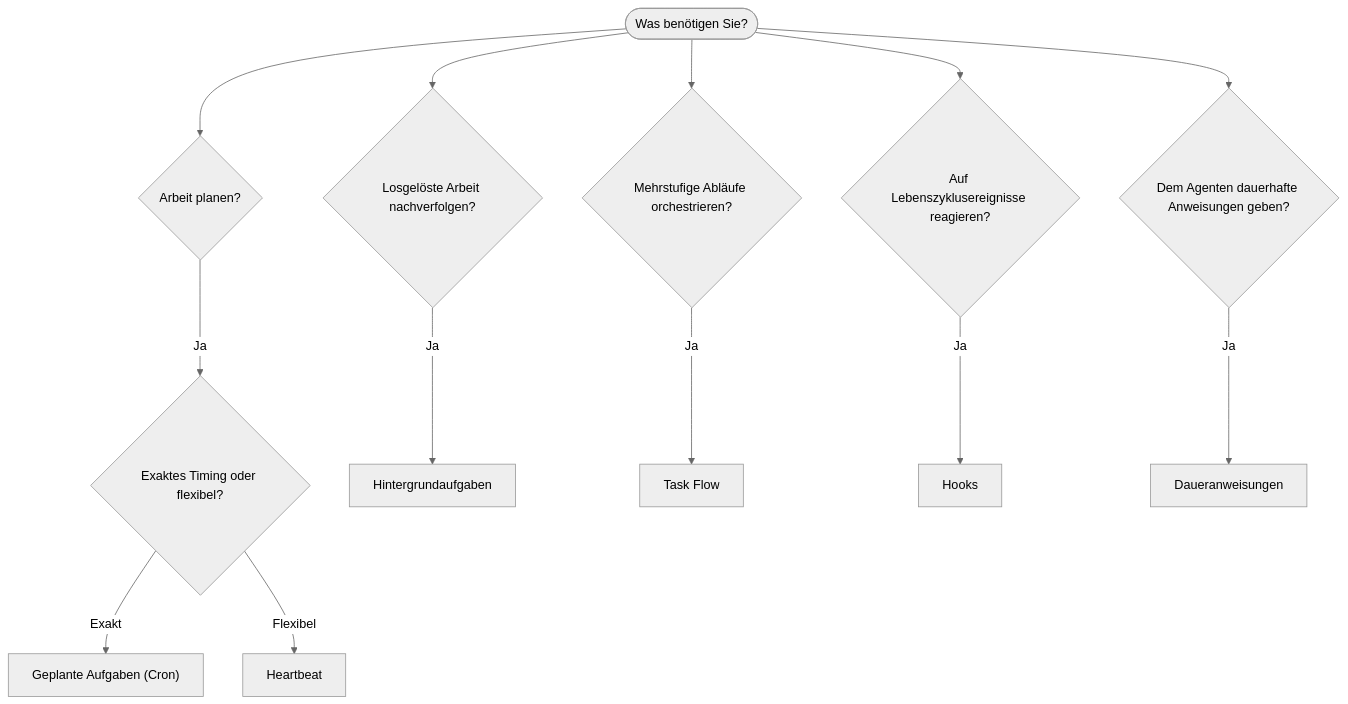
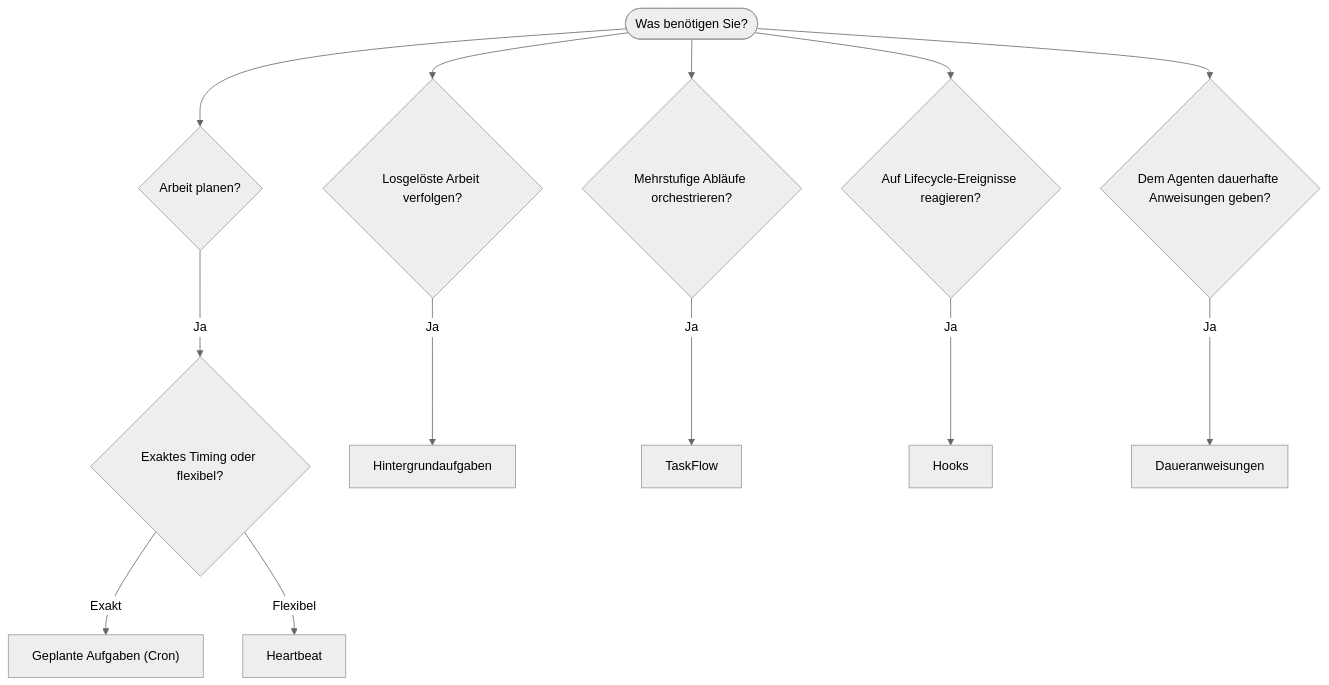
Before and after one commit to daichangya/openclaw-docs: the diagram in docs/de/automation/index.md, drawn with Mermaid (neutral theme). The commit also changed other lines of this file and 440 other files, not shown here.

````diff
--- a/docs/de/automation/index.md
+++ b/docs/de/automation/index.md
@@ -23,17 +21,17 @@
 ```mermaid
 flowchart TD
     START([Was benötigen Sie?]) --> Q1{Arbeit planen?}
-    START --> Q2{Losgelöste Arbeit nachverfolgen?}
+    START --> Q2{Losgelöste Arbeit verfolgen?}
     START --> Q3{Mehrstufige Abläufe orchestrieren?}
-    START --> Q4{Auf Lebenszyklusereignisse reagieren?}
+    START --> Q4{Auf Lifecycle-Ereignisse reagieren?}
     START --> Q5{Dem Agenten dauerhafte Anweisungen geben?}
 
     Q1 -->|Ja| Q1a{Exaktes Timing oder flexibel?}
     Q1a -->|Exakt| CRON["Geplante Aufgaben (Cron)"]
     Q1a -->|Flexibel| HEARTBEAT[Heartbeat]
 
     Q2 -->|Ja| TASKS[Hintergrundaufgaben]
-    Q3 -->|Ja| FLOW[Task Flow]
+    Q3 -->|Ja| FLOW[TaskFlow]
     Q4 -->|Ja| HOOKS[Hooks]
     Q5 -->|Ja| SO[Daueranweisungen]
 ```
````
